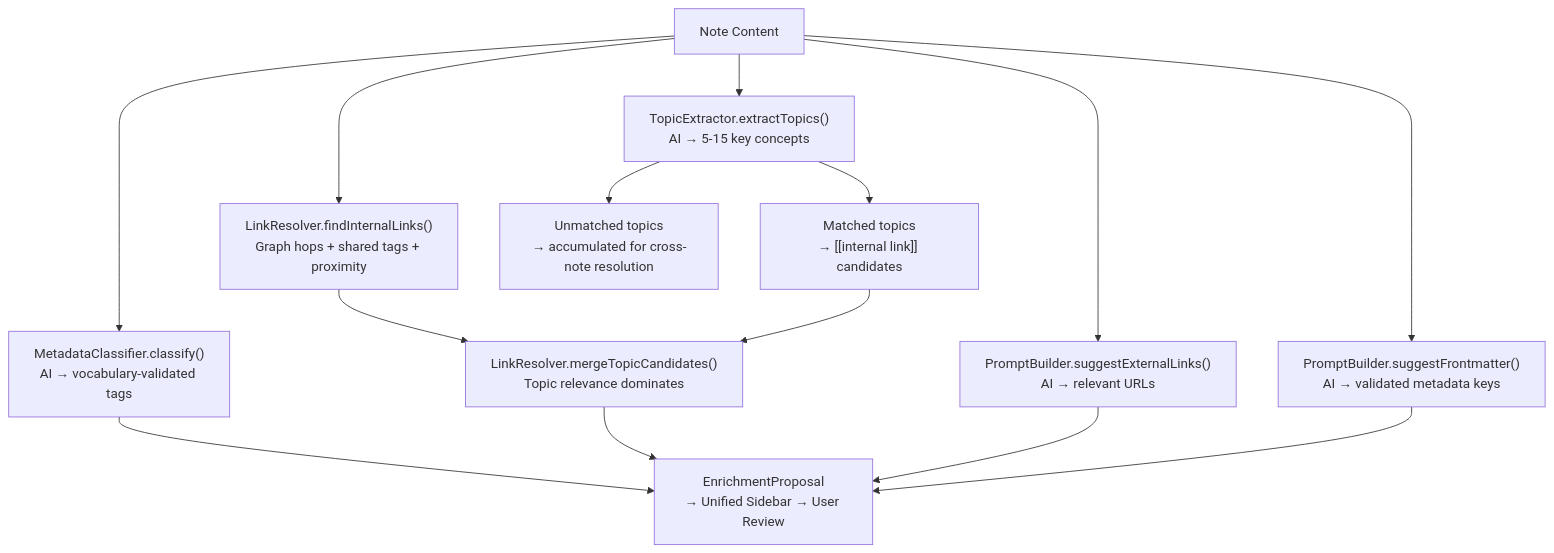
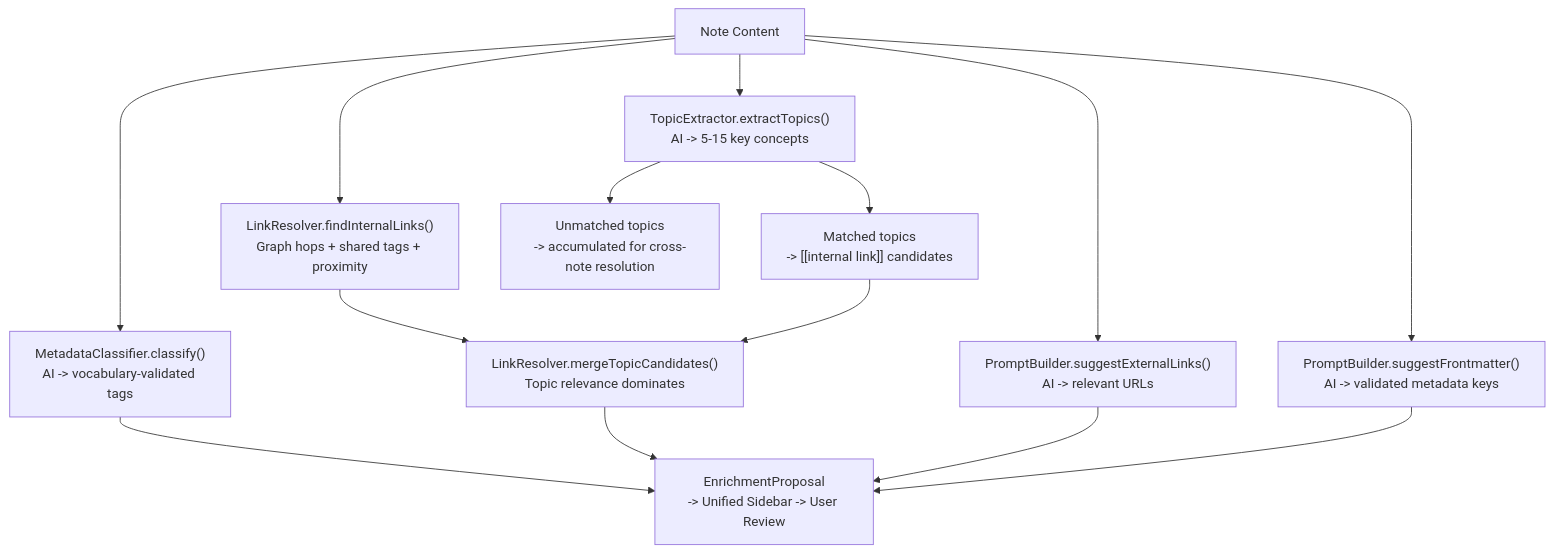
Before and after one commit to dustinkeeton/obsidian-synapse: the eighth of 9 diagrams in ARCHITECTURE.md, drawn with Mermaid. The commit also changed other lines of this file and 15 other files, not shown here.

First line of the commit message:
chore: codebase audit — architecture fixes and docs refresh (#158)

````diff
--- a/ARCHITECTURE.md
+++ b/ARCHITECTURE.md
@@ -400,16 +423,16 @@
 ```mermaid
 graph TB
-    Note["Note Content"] --> MC["MetadataClassifier.classify()<br/>AI → vocabulary-validated tags"]
-    Note --> TE["TopicExtractor.extractTopics()<br/>AI → 5-15 key concepts"]
+    Note["Note Content"] --> MC["MetadataClassifier.classify()<br/>AI -> vocabulary-validated tags"]
+    Note --> TE["TopicExtractor.extractTopics()<br/>AI -> 5-15 key concepts"]
     Note --> LR["LinkResolver.findInternalLinks()<br/>Graph hops + shared tags + proximity"]
-    Note --> PB1["PromptBuilder.suggestExternalLinks()<br/>AI → relevant URLs"]
-    Note --> PB2["PromptBuilder.suggestFrontmatter()<br/>AI → validated metadata keys"]
+    Note --> PB1["PromptBuilder.suggestExternalLinks()<br/>AI -> relevant URLs"]
+    Note --> PB2["PromptBuilder.suggestFrontmatter()<br/>AI -> validated metadata keys"]
 
-    TE --> Matched["Matched topics<br/>→ [[internal link]] candidates"]
-    TE --> Unmatched["Unmatched topics<br/>→ accumulated for cross-note resolution"]
+    TE --> Matched["Matched topics<br/>-> [[internal link]] candidates"]
+    TE --> Unmatched["Unmatched topics<br/>-> accumulated for cross-note resolution"]
 
     LR --> Merge["LinkResolver.mergeTopicCandidates()<br/>Topic relevance dominates"]
     Matched --> Merge
 
-    MC & Merge & PB1 & PB2 --> Proposal["EnrichmentProposal<br/>→ Unified Sidebar → User Review"]
+    MC & Merge & PB1 & PB2 --> Proposal["EnrichmentProposal<br/>-> Unified Sidebar -> User Review"]
 ```
````
